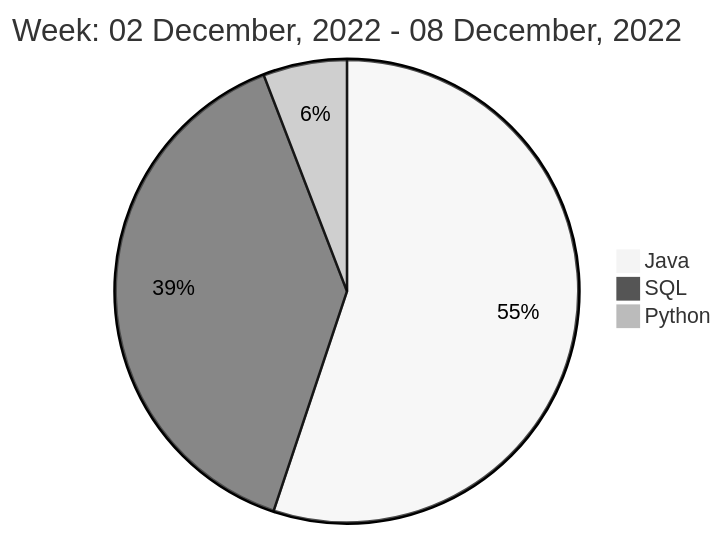
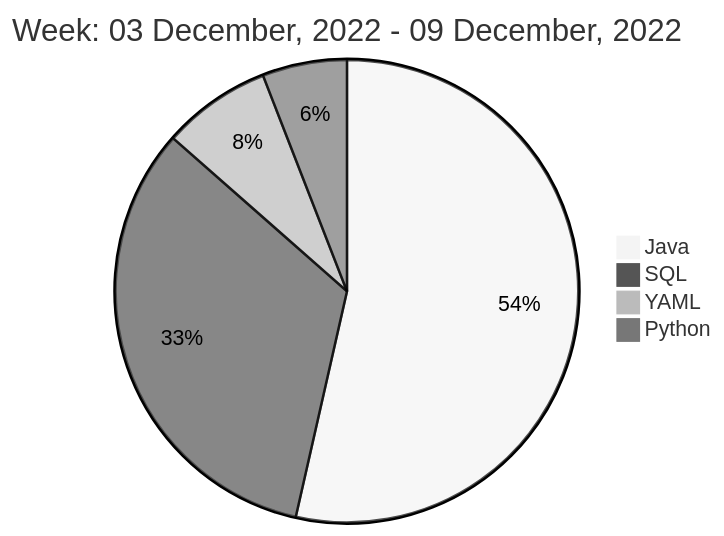
Before and after one commit to liubin95/liubin95: the diagram in README.md, drawn with Mermaid (neutral theme).

Commit message:
Updated the Graph with new Metrics

````diff
--- a/README.md
+++ b/README.md
@@ -40,7 +40,8 @@
 ```mermaid
  pie
-title Week: 02 December, 2022 - 08 December, 2022
- "Java" : 11.12
- "SQL" : 7.87
+title Week: 03 December, 2022 - 09 December, 2022
+ "Java" : 10.7
+ "SQL" : 6.58
+ "YAML" : 1.52
  "Python" : 1.18
 ```
````
